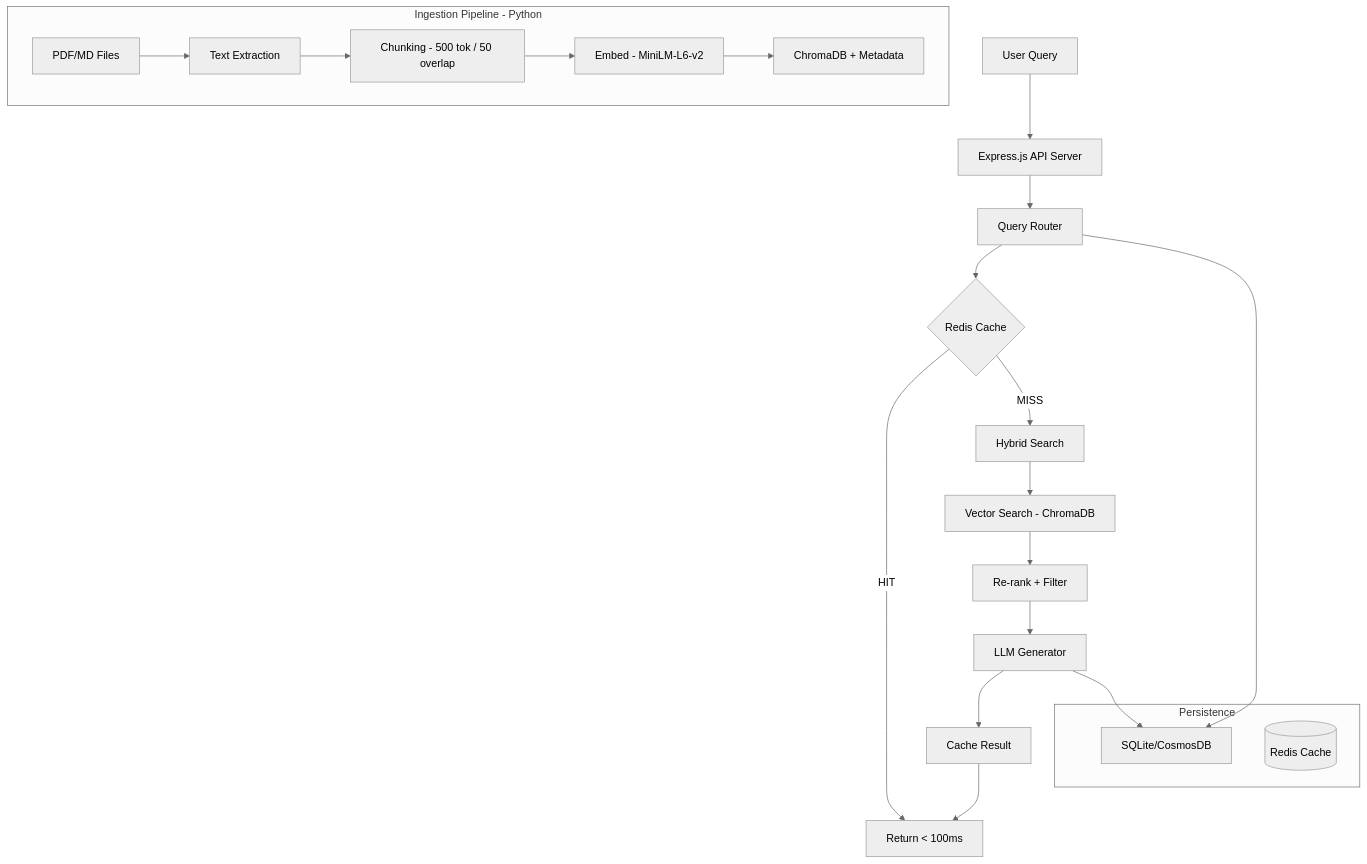
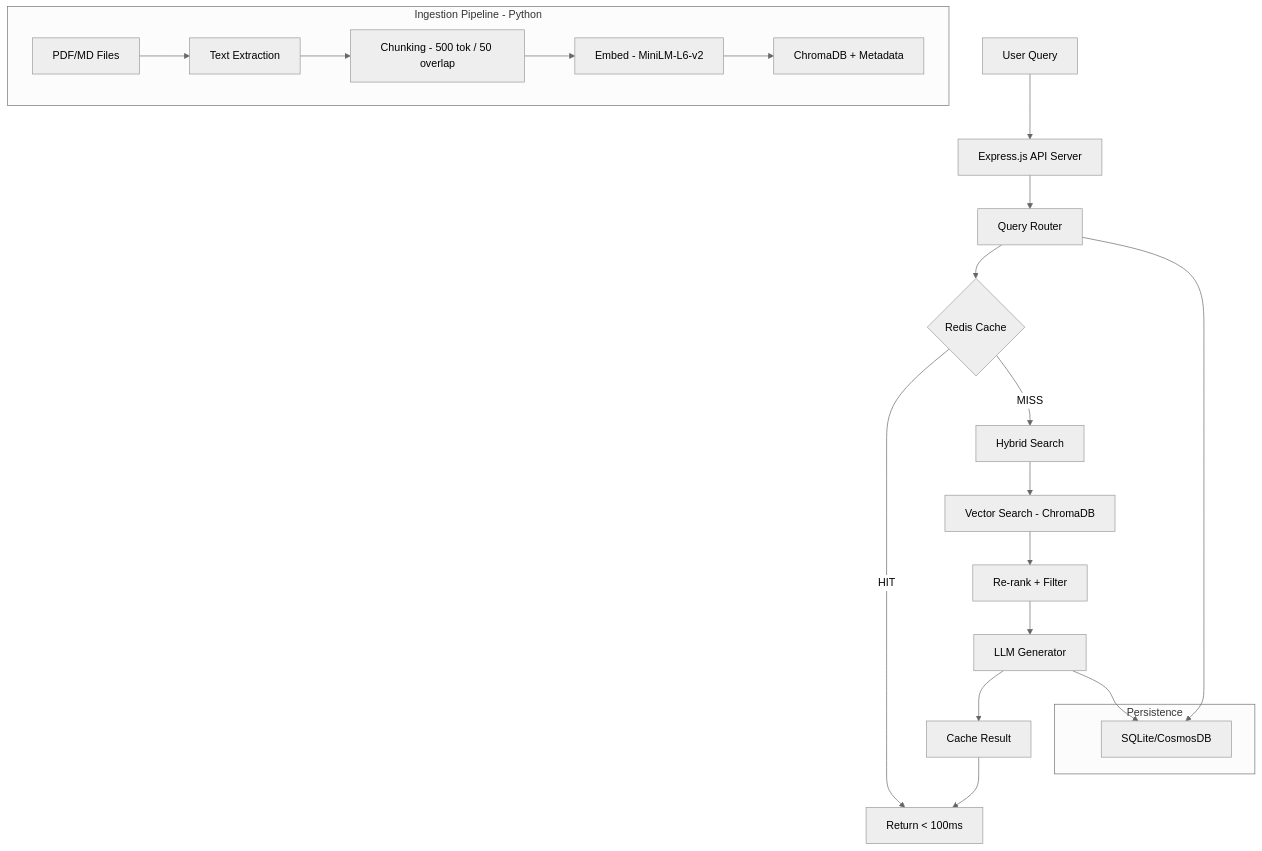
Before and after one commit to ilija-dev/document-intelligence-rag: the diagram in README.md, drawn with Mermaid (neutral theme). The commit also changed other lines of this file, not shown here.

````diff
--- a/README.md
+++ b/README.md
@@ -9,28 +9,27 @@
 ```mermaid
 graph TB
     User[User Query] --> API[Express.js API Server]
     API --> QR[Query Router]
     QR --> RC{Redis Cache}
     RC -->|HIT| Response[Return < 100ms]
     RC -->|MISS| HS[Hybrid Search]
     HS --> VS[Vector Search - ChromaDB]
     VS --> RR[Re-rank + Filter]
     RR --> LLM[LLM Generator]
     LLM --> Cache[Cache Result]
     Cache --> Response
-    
+
     subgraph Ingestion Pipeline - Python
         PDF[PDF/MD Files] --> Extract[Text Extraction]
         Extract --> Chunk[Chunking - 500 tok / 50 overlap]
         Chunk --> Embed[Embed - MiniLM-L6-v2]
         Embed --> Store[ChromaDB + Metadata]
     end
 
     subgraph Persistence
         SQLite[SQLite/CosmosDB]
-        Redis[(Redis Cache)]
     end
 
     QR --> SQLite
     LLM --> SQLite
 ```
````
